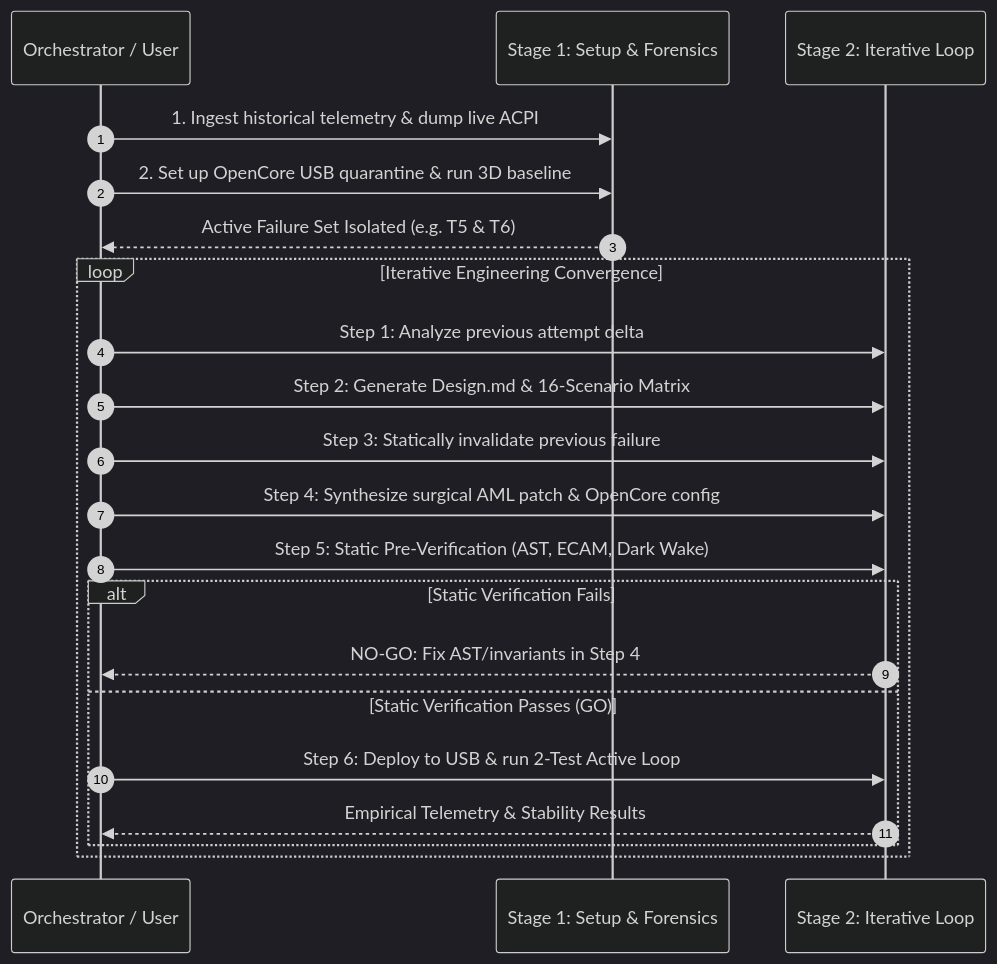
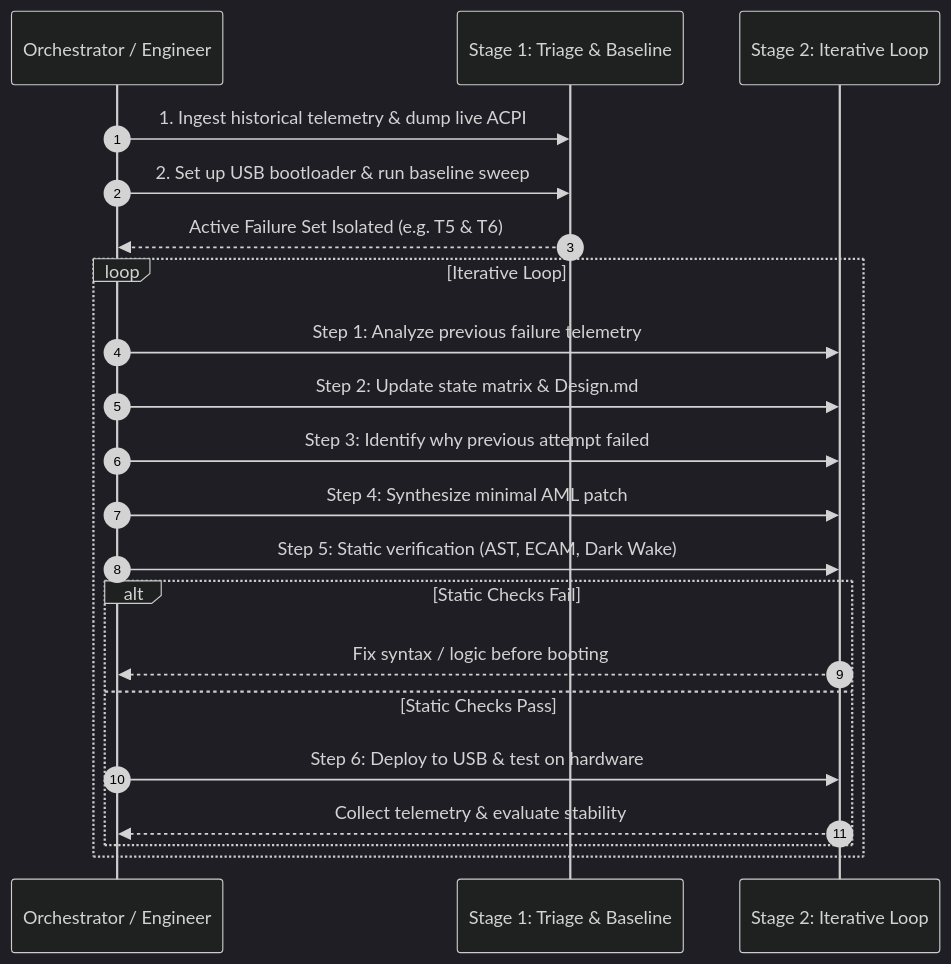
One commit to datacompboy/xmg_deep_sleep changed the second of 2 diagrams in skill/DeepSleepInvestigateSkill.md. Above: the diagram before and after it, drawn with Mermaid (dark theme). The commit also changed other lines of this file and 8 other files, not shown here.

````diff
--- a/skill/DeepSleepInvestigateSkill.md
+++ b/skill/DeepSleepInvestigateSkill.md
@@ -101,25 +98,25 @@
 ```mermaid
 sequenceDiagram
     autonumber
-    participant Master as Orchestrator / User
-    participant Stage1 as Stage 1: Setup & Forensics
+    participant Lead as Orchestrator / Engineer
+    participant Stage1 as Stage 1: Triage & Baseline
     participant Stage2 as Stage 2: Iterative Loop
 
-    Master->>Stage1: 1. Ingest historical telemetry & dump live ACPI
-    Master->>Stage1: 2. Set up OpenCore USB quarantine & run 3D baseline
-    Stage1-->>Master: Active Failure Set Isolated (e.g. T5 & T6)
+    Lead->>Stage1: 1. Ingest historical telemetry & dump live ACPI
+    Lead->>Stage1: 2. Set up USB bootloader & run baseline sweep
+    Stage1-->>Lead: Active Failure Set Isolated (e.g. T5 & T6)
 
-    loop Iterative Engineering Convergence
-        Master->>Stage2: Step 1: Analyze previous attempt delta
-        Master->>Stage2: Step 2: Generate Design.md & 16-Scenario Matrix
-        Master->>Stage2: Step 3: Statically invalidate previous failure
-        Master->>Stage2: Step 4: Synthesize surgical AML patch & OpenCore config
-        Master->>Stage2: Step 5: Static Pre-Verification (AST, ECAM, Dark Wake)
-        alt Static Verification Fails
-            Stage2-->>Master: NO-GO: Fix AST/invariants in Step 4
-        else Static Verification Passes (GO)
-            Master->>Stage2: Step 6: Deploy to USB & run 2-Test Active Loop
-            Stage2-->>Master: Empirical Telemetry & Stability Results
+    loop Iterative Loop
+        Lead->>Stage2: Step 1: Analyze previous failure telemetry
+        Lead->>Stage2: Step 2: Update state matrix & Design.md
+        Lead->>Stage2: Step 3: Identify why previous attempt failed
+        Lead->>Stage2: Step 4: Synthesize minimal AML patch
+        Lead->>Stage2: Step 5: Static verification (AST, ECAM, Dark Wake)
+        alt Static Checks Fail
+            Stage2-->>Lead: Fix syntax / logic before booting
+        else Static Checks Pass
+            Lead->>Stage2: Step 6: Deploy to USB & test on hardware
+            Stage2-->>Lead: Collect telemetry & evaluate stability
         end
     end
 ```
````
